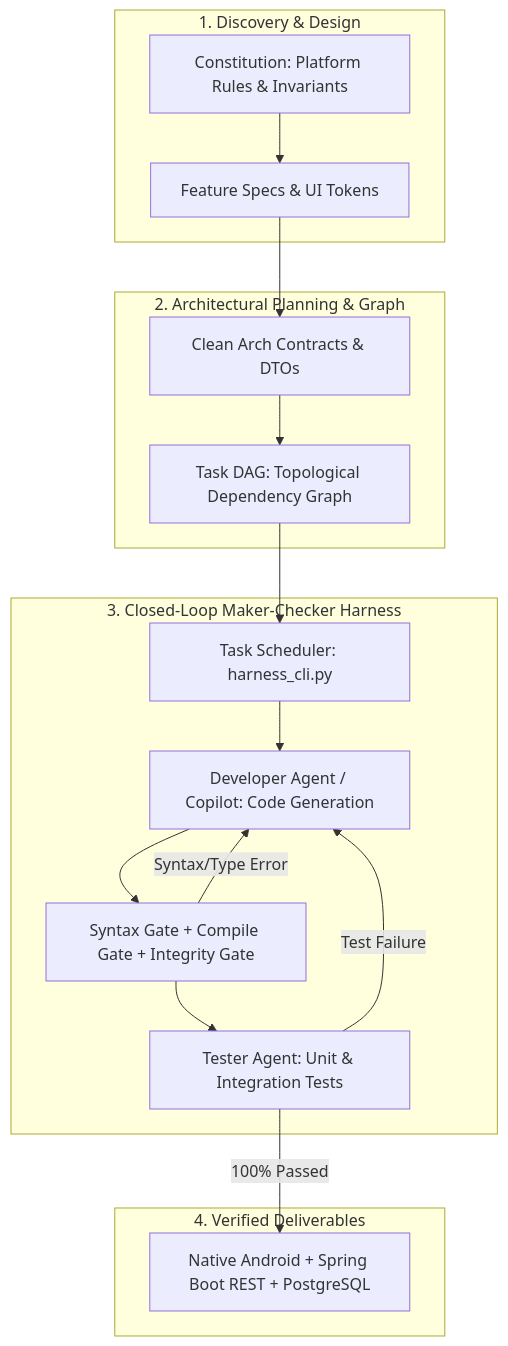
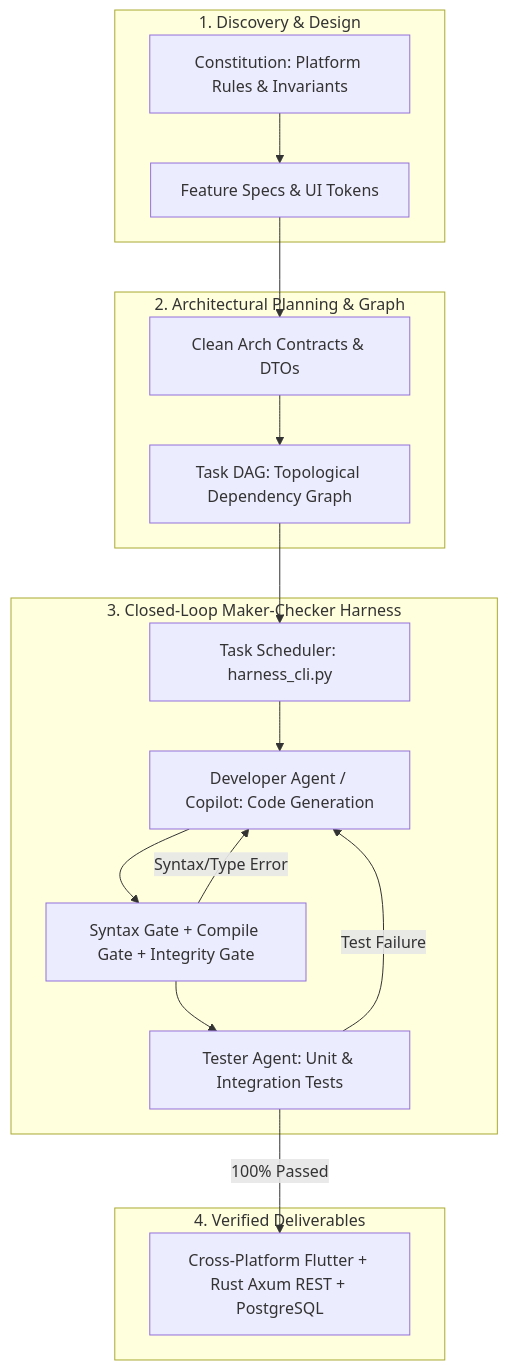
One commit to gurkanindibay/ai-powered-engineering changed the diagram in apps/development-time/README.md. Above: the diagram before and after it, drawn with Mermaid. The commit also changed other lines of this file and 103 other files, not shown here.

````diff
--- a/apps/development-time/README.md
+++ b/apps/development-time/README.md
@@ -11,29 +11,29 @@
 ```mermaid
 flowchart TD
     subgraph Discovery [1. Discovery & Design]
         Constitution[Constitution: Platform Rules & Invariants]
         Spec[Feature Specs & UI Tokens]
         Constitution --> Spec
     end
 
     subgraph Planning [2. Architectural Planning & Graph]
         Contracts[Clean Arch Contracts & DTOs]
         DAG[Task DAG: Topological Dependency Graph]
         Spec --> Contracts --> DAG
     end
 
     subgraph Execution [3. Closed-Loop Maker-Checker Harness]
         Scheduler[Task Scheduler: harness_cli.py]
         Maker[Developer Agent / Copilot: Code Generation]
         Gates[Syntax Gate + Compile Gate + Integrity Gate]
         Checker[Tester Agent: Unit & Integration Tests]
         
         DAG --> Scheduler --> Maker --> Gates --> Checker
         Gates -- Syntax/Type Error --> Maker
         Checker -- Test Failure --> Maker
     end
 
     subgraph Delivery [4. Verified Deliverables]
-        Checker -- 100% Passed --> Artifacts[Native Android + Spring Boot REST + PostgreSQL]
+        Checker -- 100% Passed --> Artifacts[Cross-Platform Flutter + Rust Axum REST + PostgreSQL]
     end
 ```
````
